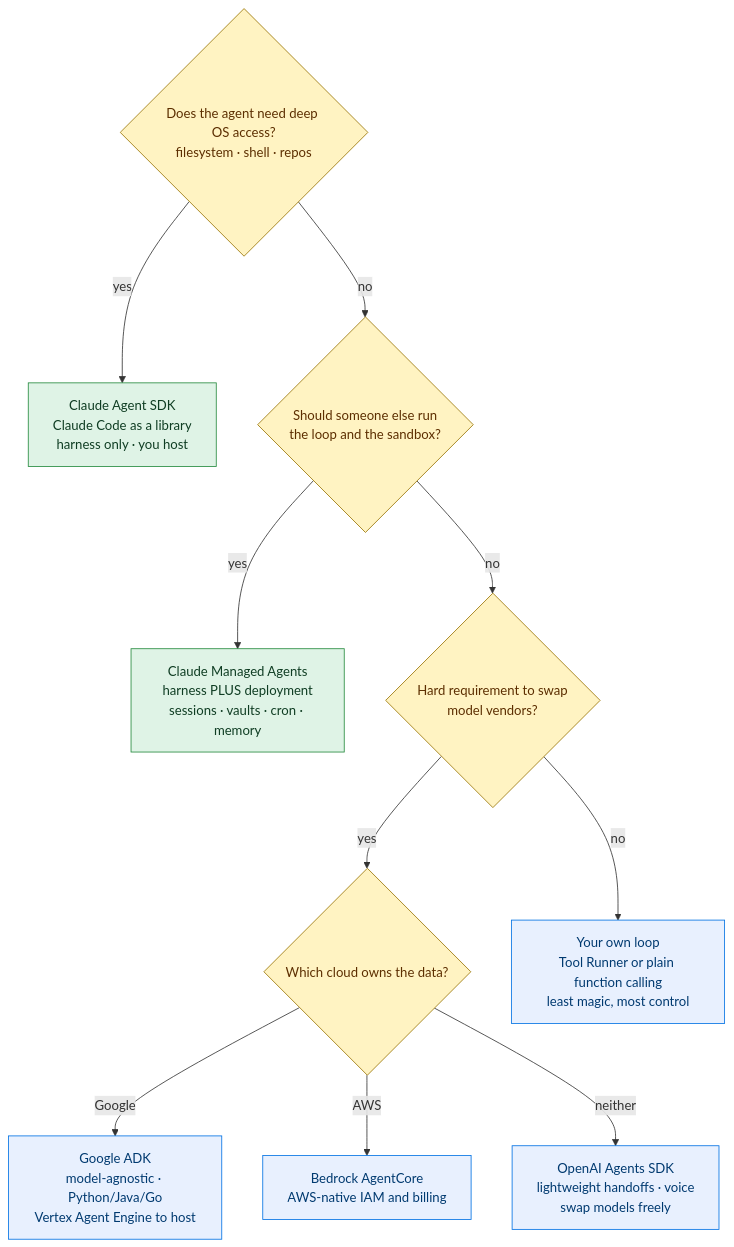
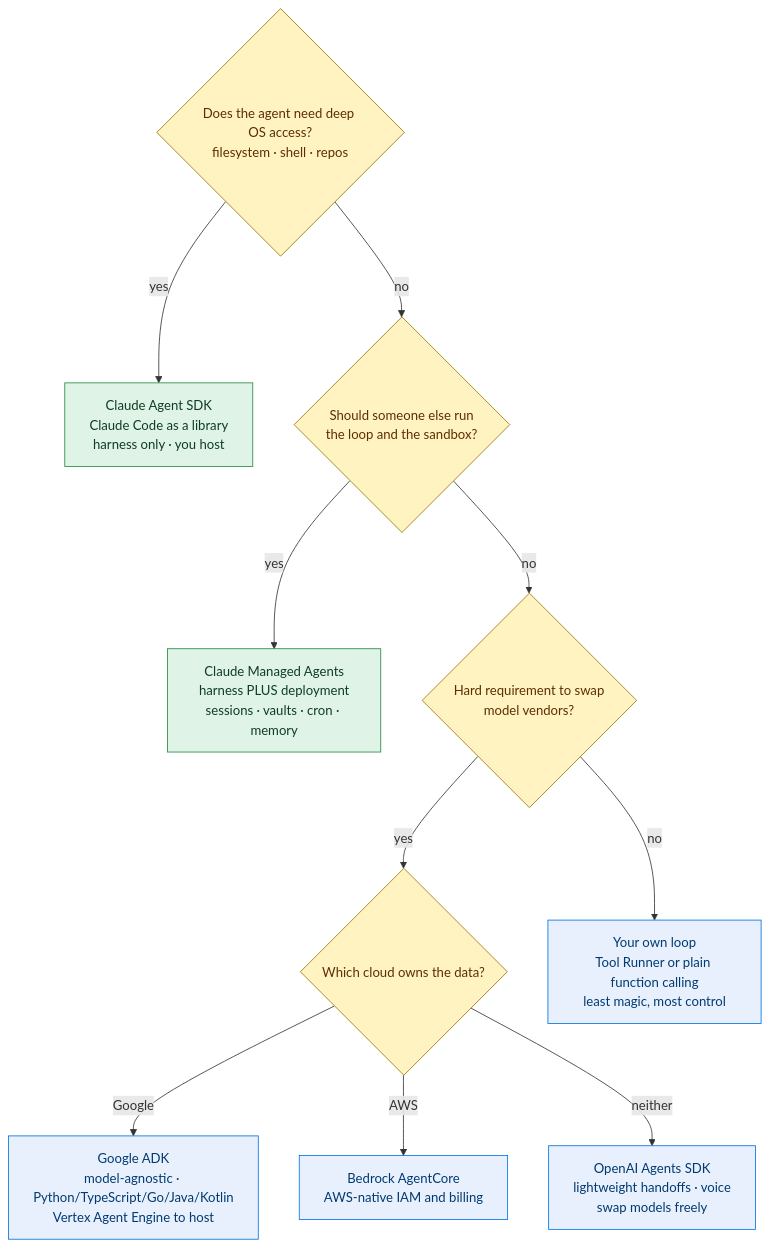
One commit to mlvpatel/open-weight-agent-stack changed diagram 18 of 18 in MANUAL.md. Above: the diagram before and after it, drawn with Mermaid. The commit also changed other lines of this file and 11 other files, not shown here.

````diff
--- a/MANUAL.md
+++ b/MANUAL.md
@@ -1624,23 +1630,23 @@
 ```mermaid
 flowchart TB
     Q1{"Does the agent need deep OS access?<br/>filesystem · shell · repos"}
     Q1 -->|yes| CASDK["Claude Agent SDK<br/>Claude Code as a library<br/>harness only · you host"]
     Q1 -->|no| Q2{"Should someone else run<br/>the loop and the sandbox?"}
 
     Q2 -->|yes| CMA["Claude Managed Agents<br/>harness PLUS deployment<br/>sessions · vaults · cron · memory"]
     Q2 -->|no| Q3{"Hard requirement to swap<br/>model vendors?"}
 
     Q3 -->|yes| Q4{"Which cloud owns the data?"}
     Q3 -->|no| OWN["Your own loop<br/>Tool Runner or plain function calling<br/>least magic, most control"]
 
-    Q4 -->|Google| ADK["Google ADK<br/>model-agnostic · Python/Java/Go<br/>Vertex Agent Engine to host"]
+    Q4 -->|Google| ADK["Google ADK<br/>model-agnostic · Python/TypeScript/Go/Java/Kotlin<br/>Vertex Agent Engine to host"]
     Q4 -->|AWS| BR["Bedrock AgentCore<br/>AWS-native IAM and billing"]
     Q4 -->|neither| OAI["OpenAI Agents SDK<br/>lightweight handoffs · voice<br/>swap models freely"]
 
     classDef q fill:#fff3c2,stroke:#997404,color:#5c2e00
     classDef pick fill:#dff3e6,stroke:#248a3d,color:#0f3d23
     classDef alt fill:#e8f0fe,stroke:#0071e3,color:#003a70
     class Q1,Q2,Q3,Q4 q
     class CASDK,CMA pick
     class ADK,BR,OAI,OWN alt
 ```
````
